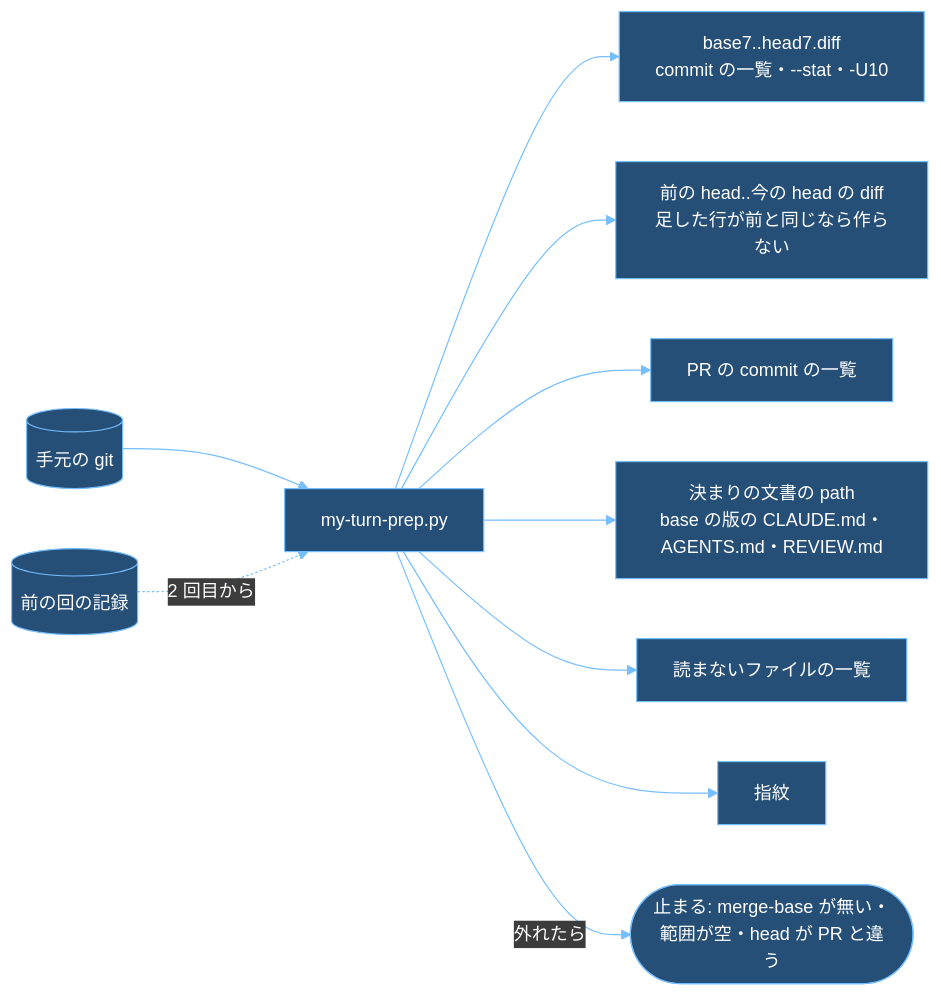
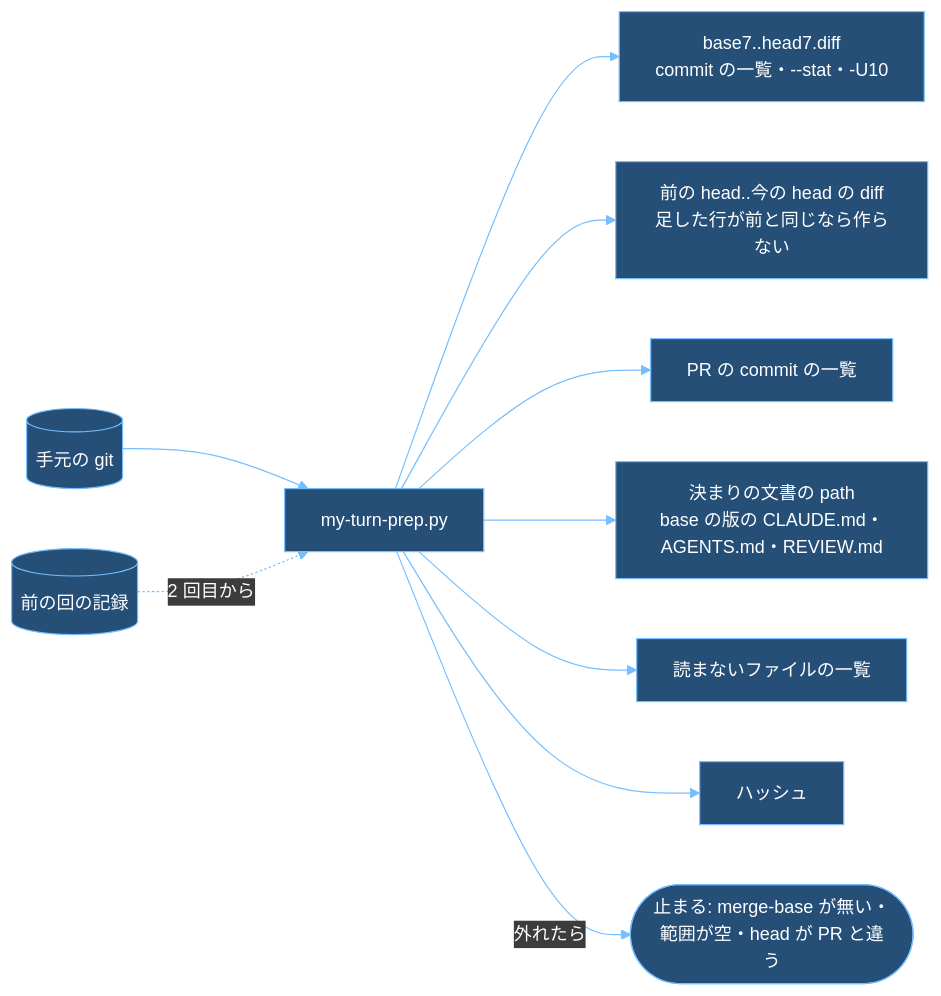
The fourth of 6 diagrams in attention/docs/my-turn-workflow-design.md (raiki61/claude-plugins), drawn with Mermaid before and after one commit. The commit also changed other lines of this file and 2 other files, not shown here.

````diff
--- a/attention/docs/my-turn-workflow-design.md
+++ b/attention/docs/my-turn-workflow-design.md
@@ -239,13 +250,13 @@
 ```mermaid
 %%{init: {"theme":"base","themeVariables":{"darkMode":true,"background":"#1e1e1e","fontSize":"15px","primaryColor":"#264f78","primaryTextColor":"#ffffff","primaryBorderColor":"#75beff","secondaryColor":"#3a3d41","tertiaryColor":"#2d2d30","lineColor":"#75beff","textColor":"#f0f0f0","titleColor":"#ffffff","clusterBkg":"#252526","clusterBorder":"#c8c8c8","edgeLabelBackground":"#3c3c3c","nodeTextColor":"#ffffff","actorBkg":"#264f78","actorBorder":"#75beff","actorTextColor":"#ffffff","actorLineColor":"#c8c8c8","signalColor":"#75beff","signalTextColor":"#f0f0f0","noteBkgColor":"#5c4b00","noteTextColor":"#ffffff","noteBorderColor":"#d7ba7d","labelBoxBkgColor":"#264f78","labelTextColor":"#ffffff","loopTextColor":"#f0f0f0","sequenceNumberColor":"#ffffff"}}}%%
 flowchart LR
   git[("手元の git")] --> prep["my-turn-prep.py"]
   prior[("前の回の記録")] -.->|2 回目から| prep
   prep --> d1["base7..head7.diff<br/>commit の一覧・--stat・-U10"]
   prep --> d2["前の head..今の head の diff<br/>足した行が前と同じなら作らない"]
   prep --> pc["PR の commit の一覧"]
   prep --> g["決まりの文書の path<br/>base の版の CLAUDE.md・AGENTS.md・REVIEW.md"]
   prep --> x["読まないファイルの一覧"]
-  prep --> f["指紋"]
+  prep --> f["ハッシュ"]
   prep -->|外れたら| stop(["止まる: merge-base が無い・範囲が空・head が PR と違う"])
 ```
````
